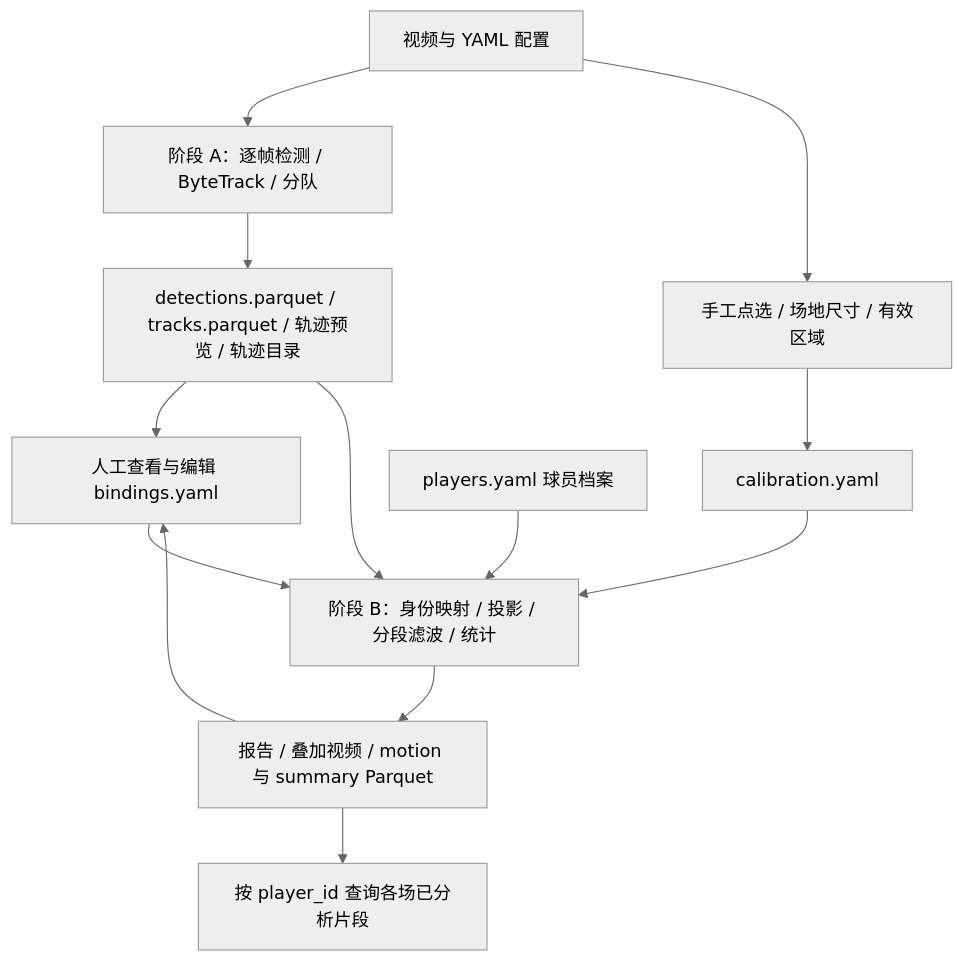
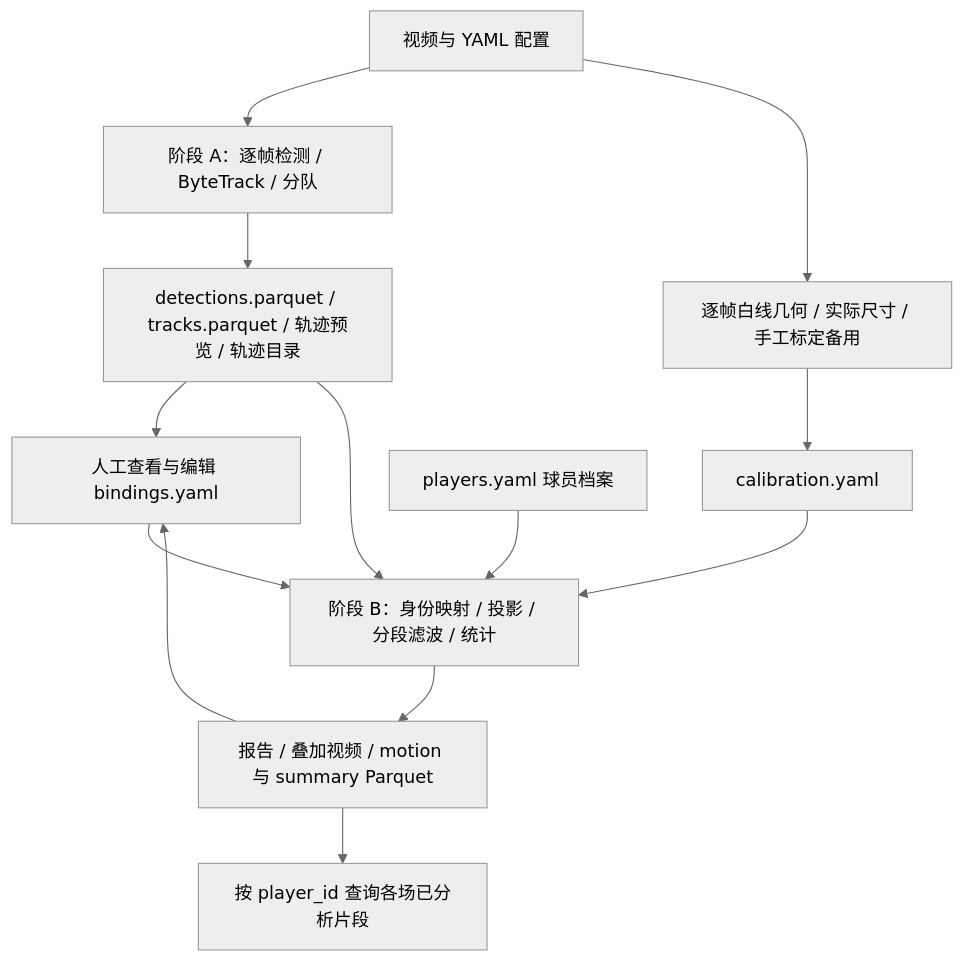
Before and after one commit to JXC-jin/Footballer-Analyzer: the first of 5 diagrams in docs/07-架构设计与最小闭环.md, drawn with Mermaid (neutral theme). The commit also changed other lines of this file and 14 other files, not shown here.

````diff
--- a/docs/07-架构设计与最小闭环.md
+++ b/docs/07-架构设计与最小闭环.md
@@ -24,15 +24,15 @@
 ```mermaid
 flowchart TD
     Video[视频与 YAML 配置] --> Track[阶段 A：逐帧检测 / ByteTrack / 分队]
     Track --> Cache[detections.parquet / tracks.parquet / 轨迹预览 / 轨迹目录]
     Cache --> Review[人工查看与编辑 bindings.yaml]
-    Video --> Calibrate[手工点选 / 场地尺寸 / 有效区域]
+    Video --> Calibrate[逐帧白线几何 / 实际尺寸 / 手工标定备用]
     Calibrate --> Calibration[calibration.yaml]
     Cache --> Report[阶段 B：身份映射 / 投影 / 分段滤波 / 统计]
     Review --> Report
     Calibration --> Report
     Players[players.yaml 球员档案] --> Report
     Report --> Output[报告 / 叠加视频 / motion 与 summary Parquet]
     Output --> Review
     Output --> History[按 player_id 查询各场已分析片段]
 ```
````
